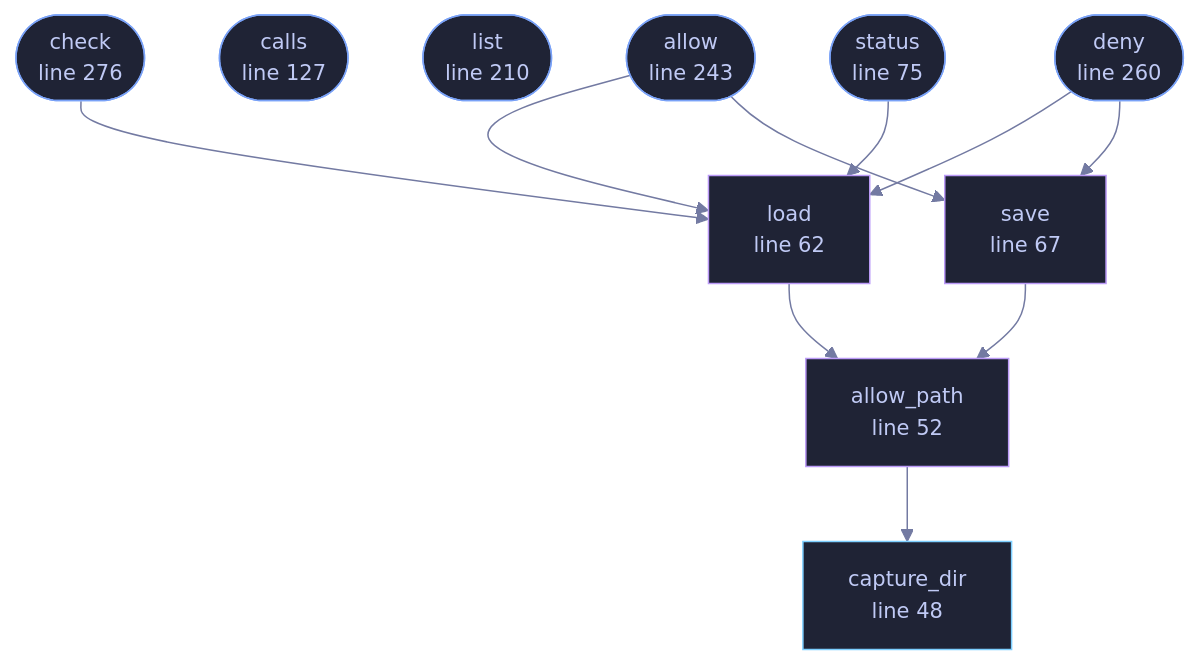
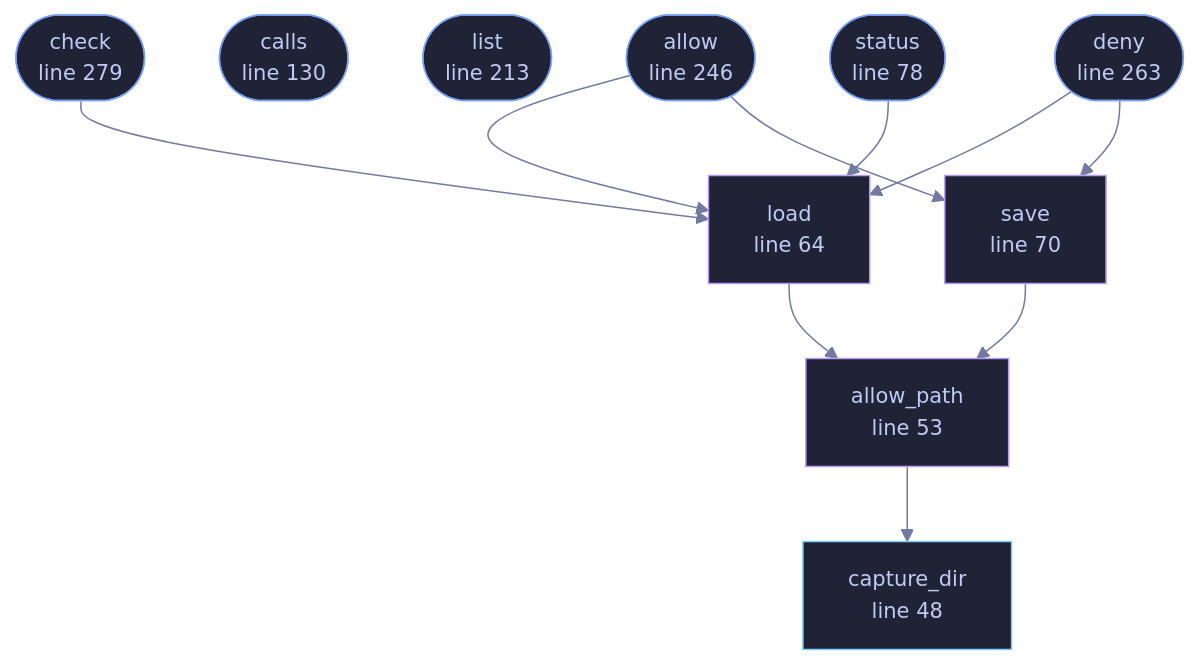
One commit to tilas01/veilvoice changed the diagram in docs/files/veilvoice-cli/capture.md. Above: the diagram before and after it, drawn with Mermaid. The commit also changed other lines of this file and 57 other files, not shown here.

````diff
--- a/docs/files/veilvoice-cli/capture.md
+++ b/docs/files/veilvoice-cli/capture.md
@@ -97,39 +97,39 @@
 ```mermaid
 %%{init: {"theme":"base","themeVariables":{"background":"#1a1b26","primaryColor":"#1f2335","primaryTextColor":"#c0caf5","primaryBorderColor":"#7aa2f7","secondaryColor":"#16161e","tertiaryColor":"#16161e","lineColor":"#737aa2","textColor":"#c0caf5","mainBkg":"#1f2335","nodeBorder":"#7aa2f7","clusterBkg":"#16161e","clusterBorder":"#2f3549","fontFamily":"ui-monospace, SFMono-Regular, Consolas, monospace","fontSize":"14px"}}}%%
 flowchart TD
     n_capture_dir["capture_dir<br/>line 48"]
-    n_allow_path["allow_path<br/>line 52"]
-    n_load["load<br/>line 62"]
-    n_save["save<br/>line 67"]
-    n_status(["status<br/>line 75"])
-    n_calls(["calls<br/>line 127"])
-    n_list(["list<br/>line 210"])
-    n_allow(["allow<br/>line 243"])
-    n_deny(["deny<br/>line 260"])
-    n_check(["check<br/>line 276"])
+    n_allow_path["allow_path<br/>line 53"]
+    n_load["load<br/>line 64"]
+    n_save["save<br/>line 70"]
+    n_status(["status<br/>line 78"])
+    n_calls(["calls<br/>line 130"])
+    n_list(["list<br/>line 213"])
+    n_allow(["allow<br/>line 246"])
+    n_deny(["deny<br/>line 263"])
+    n_check(["check<br/>line 279"])
     n_allow --> n_load
     n_allow --> n_save
     n_allow_path --> n_capture_dir
     n_check --> n_load
     n_deny --> n_load
     n_deny --> n_save
     n_load --> n_allow_path
     n_save --> n_allow_path
     n_status --> n_load
     click n_capture_dir href "https://github.com/tilas01/veilvoice/blob/main/crates/veilvoice-cli/src/capture.rs#L48" "open the source"
-    click n_allow_path href "https://github.com/tilas01/veilvoice/blob/main/crates/veilvoice-cli/src/capture.rs#L52" "open the source"
-    click n_load href "https://github.com/tilas01/veilvoice/blob/main/crates/veilvoice-cli/src/capture.rs#L62" "open the source"
-    click n_save href "https://github.com/tilas01/veilvoice/blob/main/crates/veilvoice-cli/src/capture.rs#L67" "open the source"
-    click n_status href "https://github.com/tilas01/veilvoice/blob/main/crates/veilvoice-cli/src/capture.rs#L75" "open the source"
-    click n_calls href "https://github.com/tilas01/veilvoice/blob/main/crates/veilvoice-cli/src/capture.rs#L127" "open the source"
-    click n_list href "https://github.com/tilas01/veilvoice/blob/main/crates/veilvoice-cli/src/capture.rs#L210" "open the source"
-    click n_allow href "https://github.com/tilas01/veilvoice/blob/main/crates/veilvoice-cli/src/capture.rs#L243" "open the source"
-    click n_deny href "https://github.com/tilas01/veilvoice/blob/main/crates/veilvoice-cli/src/capture.rs#L260" "open the source"
-    click n_check href "https://github.com/tilas01/veilvoice/blob/main/crates/veilvoice-cli/src/capture.rs#L276" "open the source"
+    click n_allow_path href "https://github.com/tilas01/veilvoice/blob/main/crates/veilvoice-cli/src/capture.rs#L53" "open the source"
+    click n_load href "https://github.com/tilas01/veilvoice/blob/main/crates/veilvoice-cli/src/capture.rs#L64" "open the source"
+    click n_save href "https://github.com/tilas01/veilvoice/blob/main/crates/veilvoice-cli/src/capture.rs#L70" "open the source"
+    click n_status href "https://github.com/tilas01/veilvoice/blob/main/crates/veilvoice-cli/src/capture.rs#L78" "open the source"
+    click n_calls href "https://github.com/tilas01/veilvoice/blob/main/crates/veilvoice-cli/src/capture.rs#L130" "open the source"
+    click n_list href "https://github.com/tilas01/veilvoice/blob/main/crates/veilvoice-cli/src/capture.rs#L213" "open the source"
+    click n_allow href "https://github.com/tilas01/veilvoice/blob/main/crates/veilvoice-cli/src/capture.rs#L246" "open the source"
+    click n_deny href "https://github.com/tilas01/veilvoice/blob/main/crates/veilvoice-cli/src/capture.rs#L263" "open the source"
+    click n_check href "https://github.com/tilas01/veilvoice/blob/main/crates/veilvoice-cli/src/capture.rs#L279" "open the source"
     classDef entry fill:#1f2335,stroke:#7aa2f7,color:#c0caf5
     class n_status,n_calls,n_list,n_allow,n_deny,n_check entry
     classDef api fill:#1f2335,stroke:#7dcfff,color:#c0caf5
     class n_capture_dir api
     classDef helper fill:#1f2335,stroke:#bb9af7,color:#c0caf5
     class n_allow_path,n_load,n_save helper
 ```
````
